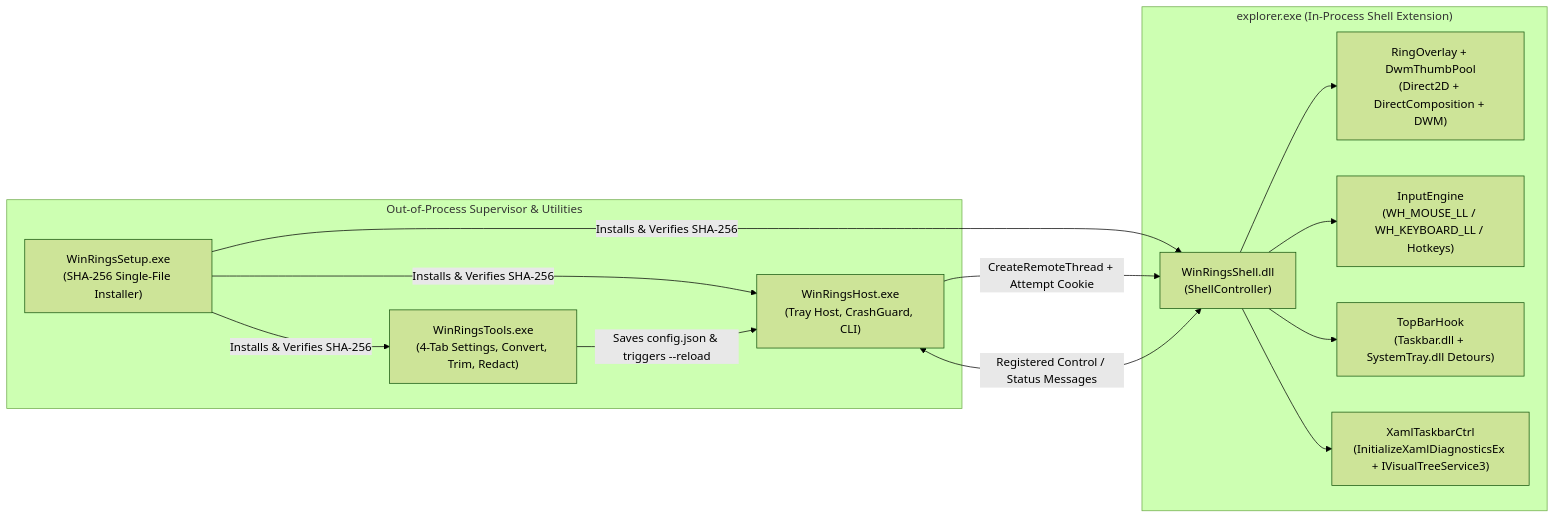
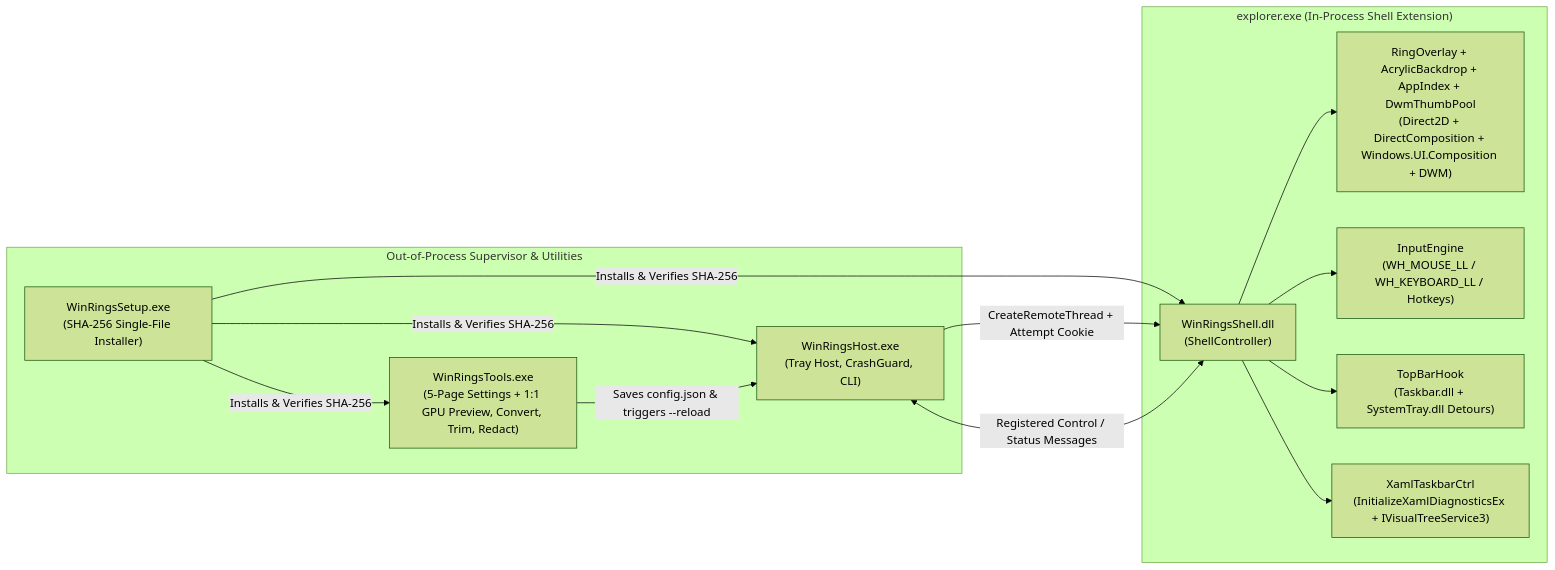
One commit to AhmadotEng/WinRings changed the diagram in README.md. Above: the diagram before and after it, drawn with Mermaid (forest theme). The commit also changed other lines of this file and 27 other files, not shown here.

Commit message:
Release v2.0.0: A4S Live Frosted Acrylic Engine, 1:1 GPU Settings Preview & System App Search

````diff
--- a/README.md
+++ b/README.md
@@ -66,27 +75,27 @@
 ```mermaid
 flowchart LR
     subgraph UserSpace["Out-of-Process Supervisor & Utilities"]
         Host["WinRingsHost.exe<br/>(Tray Host, CrashGuard, CLI)"]
-        Tools["WinRingsTools.exe<br/>(4-Tab Settings, Convert, Trim, Redact)"]
+        Tools["WinRingsTools.exe<br/>(5-Page Settings + 1:1 GPU Preview, Convert, Trim, Redact)"]
         Setup["WinRingsSetup.exe<br/>(SHA-256 Single-File Installer)"]
     end
 
     subgraph ExplorerProc["explorer.exe (In-Process Shell Extension)"]
         Shell["WinRingsShell.dll<br/>(ShellController)"]
-        Ring["RingOverlay + DwmThumbPool<br/>(Direct2D + DirectComposition + DWM)"]
+        Ring["RingOverlay + AcrylicBackdrop + AppIndex + DwmThumbPool<br/>(Direct2D + DirectComposition + Windows.UI.Composition + DWM)"]
         Input["InputEngine<br/>(WH_MOUSE_LL / WH_KEYBOARD_LL / Hotkeys)"]
         Hook["TopBarHook<br/>(Taskbar.dll + SystemTray.dll Detours)"]
         Xaml["XamlTaskbarCtrl<br/>(InitializeXamlDiagnosticsEx + IVisualTreeService3)"]
     end
 
     Setup -->|Installs & Verifies SHA-256| Host
     Setup -->|Installs & Verifies SHA-256| Shell
     Setup -->|Installs & Verifies SHA-256| Tools
     Host -->|CreateRemoteThread + Attempt Cookie| Shell
     Host <-->|Registered Control / Status Messages| Shell
     Tools -->|Saves config.json & triggers --reload| Host
     Shell --> Ring
     Shell --> Input
     Shell --> Hook
     Shell --> Xaml
 ```
````
